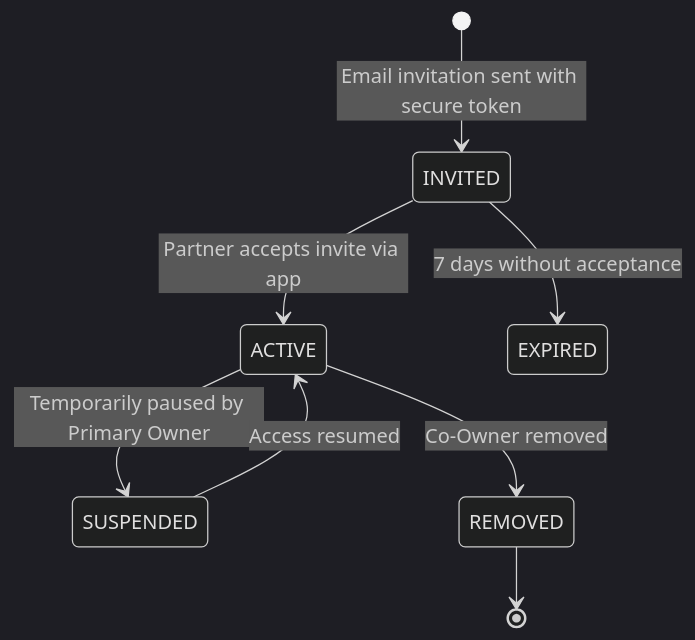
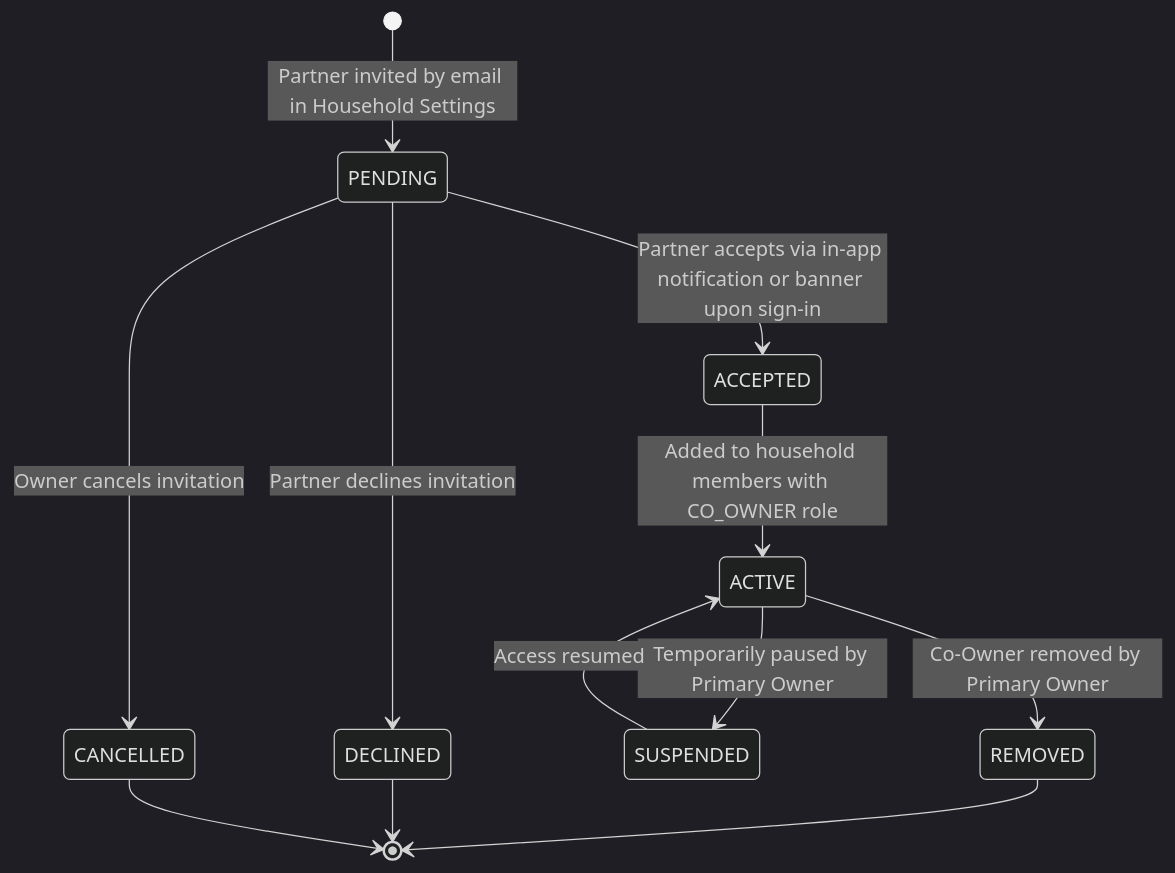
Before and after one commit to jcmendozav/expensetracker-monorepo: the fourth of 6 diagrams in docs/designs/household_multi_budget_ledger.md, drawn with Mermaid (dark theme). The commit also changed other lines of this file, not shown here.

Commit message:
docs: update household multi-budget ledger design documentation with In-App Pending Invitation & Activity Center flow.

````diff
--- a/docs/designs/household_multi_budget_ledger.md
+++ b/docs/designs/household_multi_budget_ledger.md
@@ -62,10 +67,14 @@
 ```mermaid
 stateDiagram-v2
-    [*] --> INVITED: Email invitation sent with secure token
-    INVITED --> ACTIVE: Partner accepts invite via app
-    INVITED --> EXPIRED: 7 days without acceptance
+    [*] --> PENDING: Partner invited by email in Household Settings
+    PENDING --> ACCEPTED: Partner accepts via in-app notification or banner upon sign-in
+    PENDING --> DECLINED: Partner declines invitation
+    PENDING --> CANCELLED: Owner cancels invitation
+    ACCEPTED --> ACTIVE: Added to household members with CO_OWNER role
     ACTIVE --> SUSPENDED: Temporarily paused by Primary Owner
     SUSPENDED --> ACTIVE: Access resumed
-    ACTIVE --> REMOVED: Co-Owner removed
+    ACTIVE --> REMOVED: Co-Owner removed by Primary Owner
     REMOVED --> [*]
+    DECLINED --> [*]
+    CANCELLED --> [*]
 ```
````
